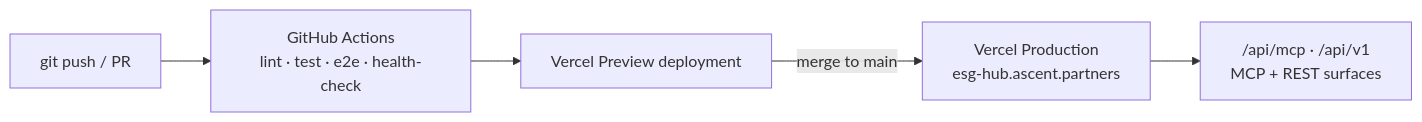
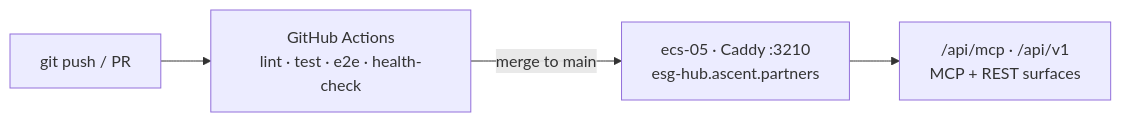
Before and after one commit to simonmak-ascent/esg-hub: the fourth of 4 diagrams in README.md, drawn with Mermaid. The commit also changed other lines of this file and 3 other files, not shown here.

````diff
--- a/README.md
+++ b/README.md
@@ -91,7 +93,6 @@
 ```mermaid
 flowchart LR
   DEV["git push / PR"] --> CI["GitHub Actions<br/>lint · test · e2e · health-check"]
-  CI --> PREV["Vercel Preview deployment"]
-  PREV -->|merge to main| PROD["Vercel Production<br/>esg-hub.ascent.partners"]
+  CI -->|merge to main| PROD["ecs-05 · Caddy :3210<br/>esg-hub.ascent.partners"]
   PROD --> SURF["/api/mcp · /api/v1<br/>MCP + REST surfaces"]
 ```
````
